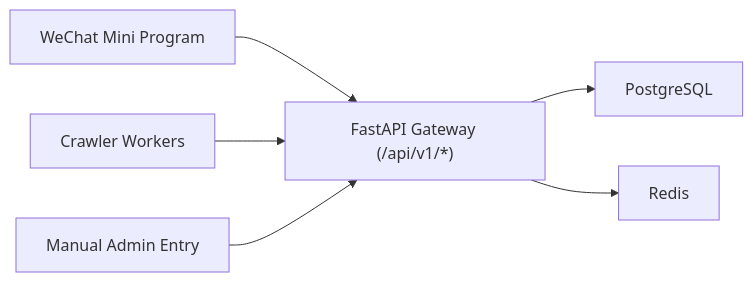
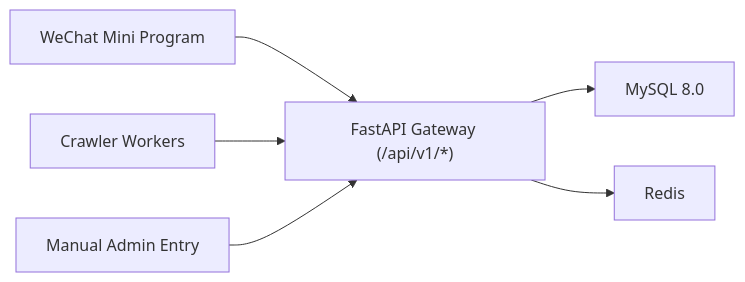
Before and after one commit to guhaigg/kaoyan-miniapp-mvp: the diagram in docs/README.md, drawn with Mermaid. The commit also changed other lines of this file and 6 other files, not shown here.

````diff
--- a/docs/README.md
+++ b/docs/README.md
@@ -11,8 +11,8 @@
 ```mermaid
 flowchart LR
   A["WeChat Mini Program"] --> B["FastAPI Gateway (/api/v1/*)"]
-  B --> C["PostgreSQL"]
+  B --> C["MySQL 8.0"]
   B --> D["Redis"]
   E["Crawler Workers"] --> B
   F["Manual Admin Entry"] --> B
 ```
````
